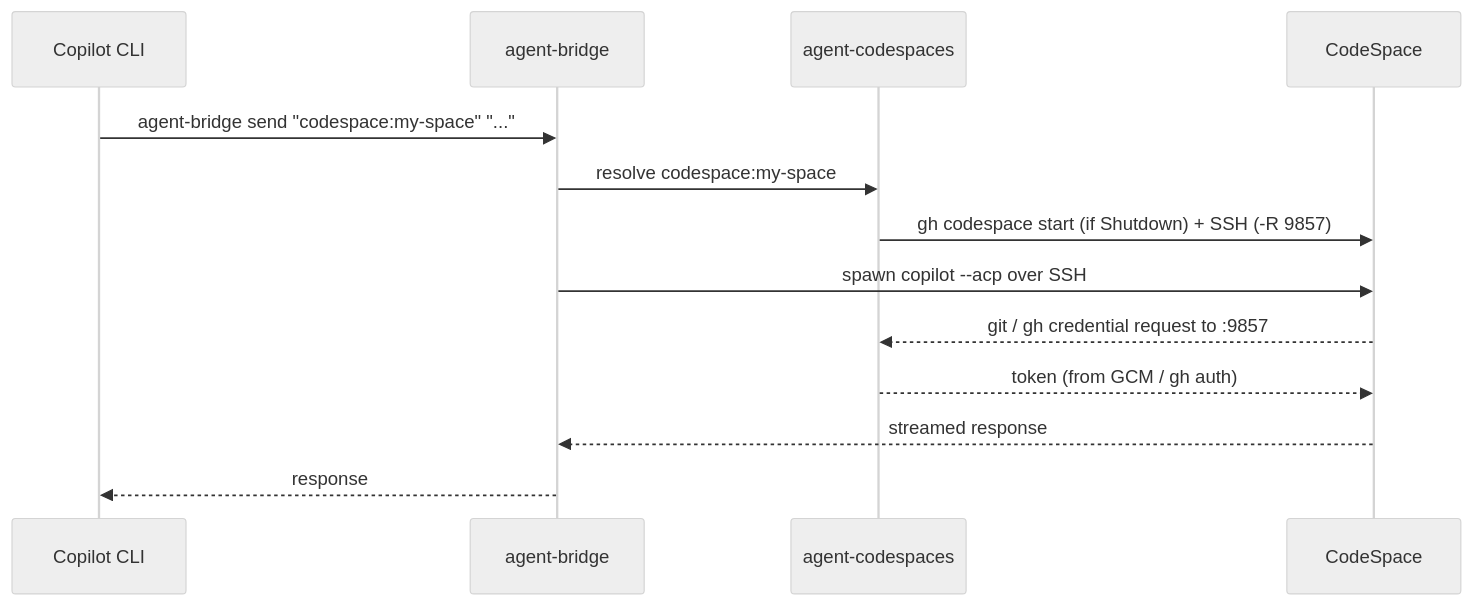
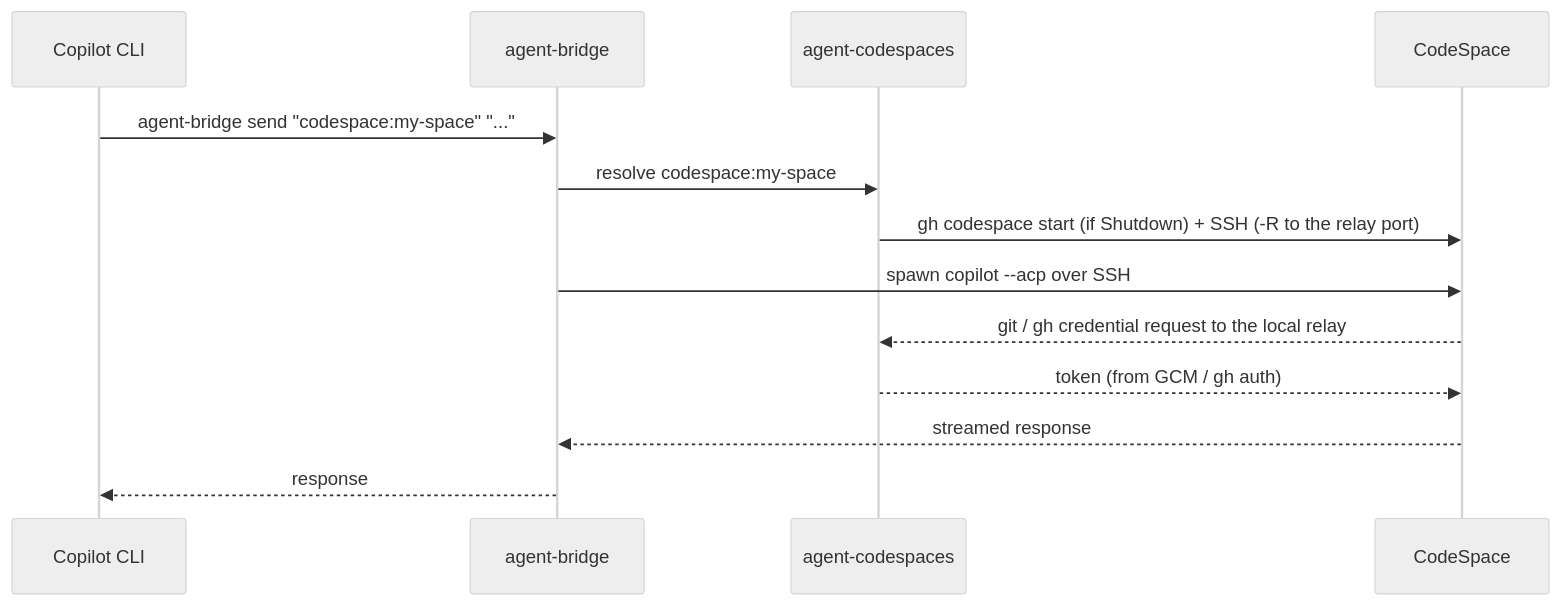
Before and after one commit to ThomasMichon/copilot-extensions: the third of 3 diagrams in README.md, drawn with Mermaid (neutral theme). The commit also changed other lines of this file and 5 other files, not shown here.

First line of the commit message:
docs: suite-level ground-truth audit (provider-manifest seam, dynamic ports, flow) (#597)

````diff
--- a/README.md
+++ b/README.md
@@ -279,15 +281,15 @@
 ```mermaid
 sequenceDiagram
     participant You as Copilot CLI
     participant Bridge as agent-bridge
     participant CS as agent-codespaces
     participant Space as CodeSpace
     You->>Bridge: agent-bridge send "codespace:my-space" "..."
     Bridge->>CS: resolve codespace:my-space
-    CS->>Space: gh codespace start (if Shutdown) + SSH (-R 9857)
+    CS->>Space: gh codespace start (if Shutdown) + SSH (-R to the relay port)
     Bridge->>Space: spawn copilot --acp over SSH
-    Space-->>CS: git / gh credential request to :9857
+    Space-->>CS: git / gh credential request to the local relay
     CS-->>Space: token (from GCM / gh auth)
     Space-->>Bridge: streamed response
     Bridge-->>You: response
 ```
````
